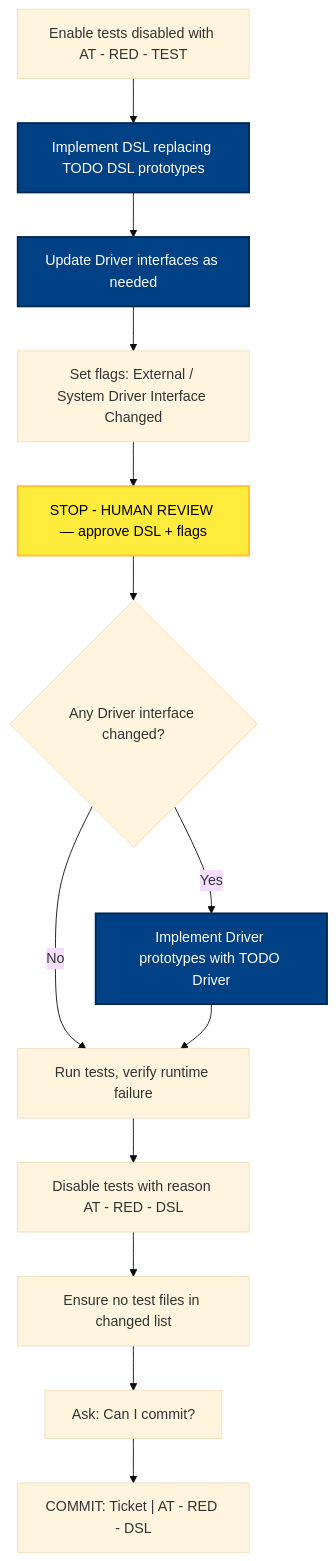
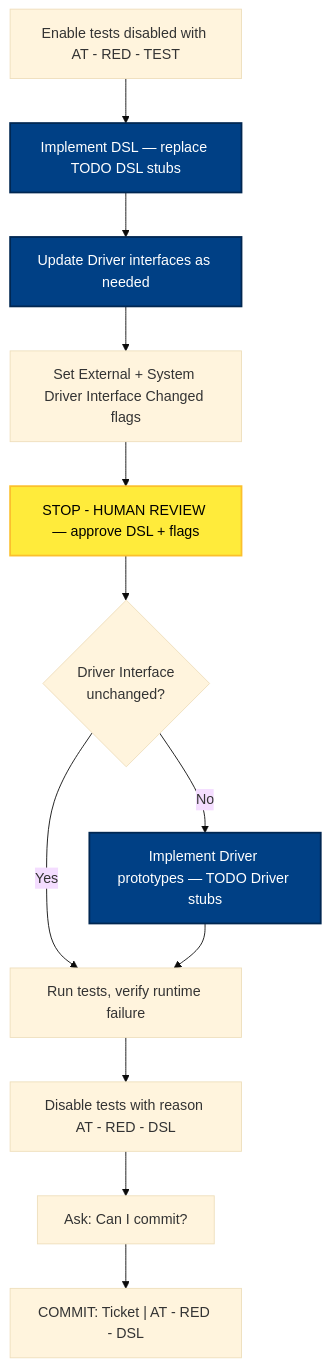
Before and after one commit to optivem/starter: the second of 8 diagrams in docs/atdd/process/diagram-phase-details.md, drawn with Mermaid (base theme). The commit also changed other lines of this file and 2 other files, not shown here.

````diff
--- a/docs/atdd/process/diagram-phase-details.md
+++ b/docs/atdd/process/diagram-phase-details.md
@@ -54,33 +56,31 @@
 ```mermaid
 flowchart TD
-    ENABLE["Enable tests disabled with AT - RED - TEST"]
-    IMPL_DSL[Implement DSL replacing TODO DSL prototypes]
+    ENABLE[Enable tests disabled with AT - RED - TEST]
+    IMPL_DSL[Implement DSL — replace TODO DSL stubs]
     UPDATE_DRIVER_IFACE[Update Driver interfaces as needed]
-    SET_FLAGS[Set flags: External / System Driver Interface Changed]
-    STOP_WRITE["STOP - HUMAN REVIEW — approve DSL + flags"]
-    GATE_DRIVER{Any Driver interface changed?}
-    IMPL_DRIVERS_PROTOTYPE[Implement Driver prototypes with TODO Driver]
+    SET_FLAGS[Set External + System Driver Interface Changed flags]
+    STOP_WRITE[STOP - HUMAN REVIEW — approve DSL + flags]
+    GATE_DRIVER_CHANGED{Driver Interface<br/>unchanged?}
+    IMPL_DRIVERS_PROTOTYPE[Implement Driver prototypes — TODO Driver stubs]
     RUN[Run tests, verify runtime failure]
-    DISABLE["Disable tests with reason AT - RED - DSL"]
-    NO_TEST_FILES[Ensure no test files in changed list]
+    DISABLE[Disable tests with reason AT - RED - DSL]
     ASK_COMMIT["Ask: Can I commit?"]
     COMMIT["COMMIT: Ticket | AT - RED - DSL"]
 
     ENABLE --> IMPL_DSL
     IMPL_DSL --> UPDATE_DRIVER_IFACE
     UPDATE_DRIVER_IFACE --> SET_FLAGS
     SET_FLAGS --> STOP_WRITE
-    STOP_WRITE --> GATE_DRIVER
-    GATE_DRIVER -->|No| RUN
-    GATE_DRIVER -->|Yes| IMPL_DRIVERS_PROTOTYPE
+    STOP_WRITE --> GATE_DRIVER_CHANGED
+    GATE_DRIVER_CHANGED -- Yes --> RUN
+    GATE_DRIVER_CHANGED -- No --> IMPL_DRIVERS_PROTOTYPE
     IMPL_DRIVERS_PROTOTYPE --> RUN
     RUN --> DISABLE
-    DISABLE --> NO_TEST_FILES
-    NO_TEST_FILES --> ASK_COMMIT
+    DISABLE --> ASK_COMMIT
     ASK_COMMIT --> COMMIT
 
     classDef effortNode fill:#004085,stroke:#002752,stroke-width:2px,color:#ffffff
     class IMPL_DSL,UPDATE_DRIVER_IFACE,IMPL_DRIVERS_PROTOTYPE effortNode
     classDef humanReviewNode fill:#ffeb3b,stroke:#fbc02d,stroke-width:2px,color:#000
     class STOP_WRITE humanReviewNode
 ```
````
